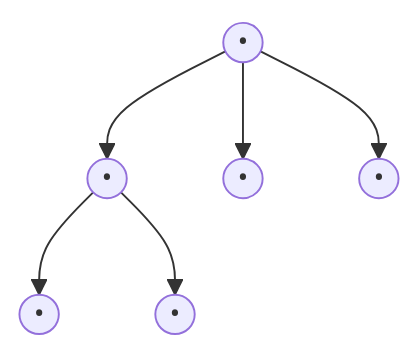
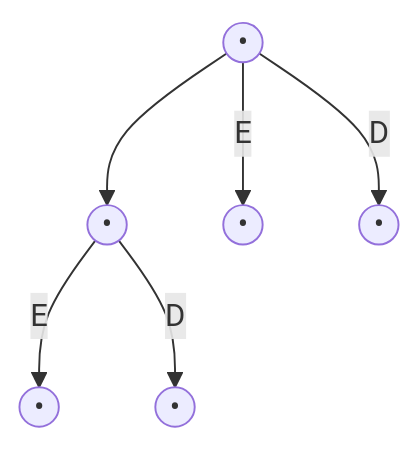
The second of 2 diagrams in docs/aulas/08_arvores_conceitos.md (LambdaGeo/estrutura-dados), drawn with Mermaid before and after one commit. The commit also changed other lines of this file and 88 other files, not shown here.

First line of the commit message:
"Substituir diagramas Mermaid por SVG com posição esquerda/direita garantida

````diff
--- a/docs/aulas/08_arvores_conceitos.md
+++ b/docs/aulas/08_arvores_conceitos.md
@@ -203,8 +188,8 @@
 ```mermaid
 graph TD
     R1((•)) --> A1((•))
-    R1 --> A2((•))
-    R1 --> A3((•))
-    A1 --> B1((•))
-    A1 --> B2((•))
+    R1 -->|E| A2((•))
+    R1 -->|D| A3((•))
+    A1 -->|E| B1((•))
+    A1 -->|D| B2((•))
 ```
````
